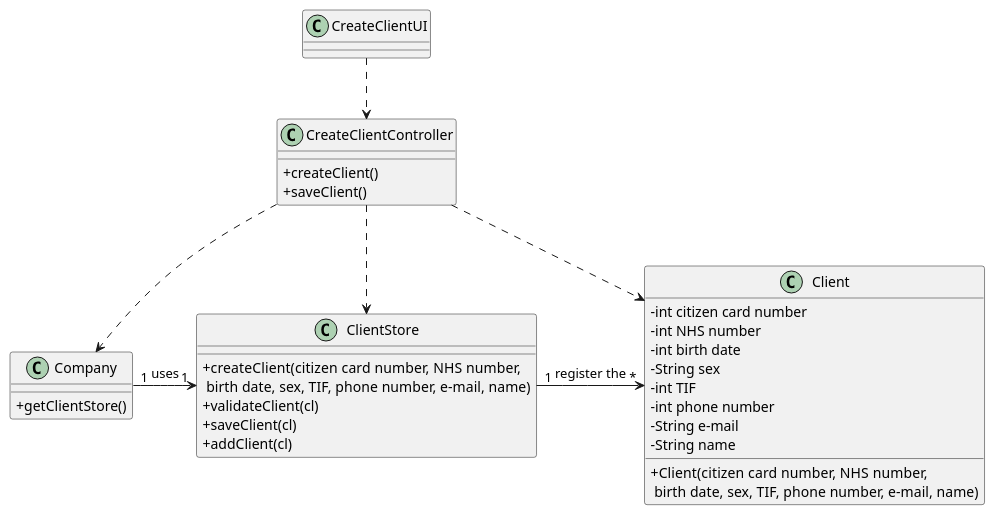
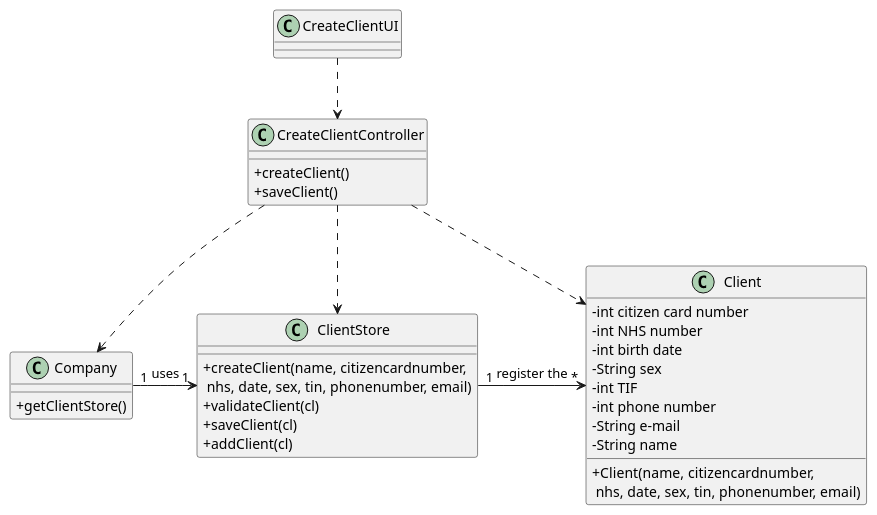
Before and after one commit to manu-07-ela/LAPR2_ISEP: the diagram in docs/SprintB/US03/US3_CD.puml, drawn with PlantUML. The commit also changed 4 other files, not shown here.

Commit message:
US03 - Some updates, Create class client

```diff
--- a/docs/SprintB/US03/US3_CD.puml
+++ b/docs/SprintB/US03/US3_CD.puml
@@ -1,45 +1,45 @@
 @startuml
 skinparam classAttributeIconSize 0
 
 class Client {
   -int citizen card number
   -int NHS number
   -int birth date
   -String sex
   -int TIF
   -int phone number
   -String e-mail
   -String name
-  +Client(citizen card number, NHS number,\n birth date, sex, TIF, phone number, e-mail, name)
+  +Client(name, citizencardnumber,\n nhs, date, sex, tin, phonenumber, email)
 }
 
 class Company {
   +getClientStore()
 }
 
 class ClientStore {
-  +createClient(citizen card number, NHS number,\n birth date, sex, TIF, phone number, e-mail, name)
+  +createClient(name, citizencardnumber,\n nhs, date, sex, tin, phonenumber, email)
   +validateClient(cl)
   +saveClient(cl)
   +addClient(cl)
 }
 
 class CreateClientController {
   +createClient()
   +saveClient()
 }
 
 class CreateClientUI {
 
 }
 
 CreateClientUI ..> CreateClientController
 CreateClientController ..> Company
 CreateClientController ..> Client
 CreateClientController ..> ClientStore
 Company "1" -> "1" ClientStore : uses
 ClientStore "1" -> "*" Client : register the
 
 
 
 @enduml
```
